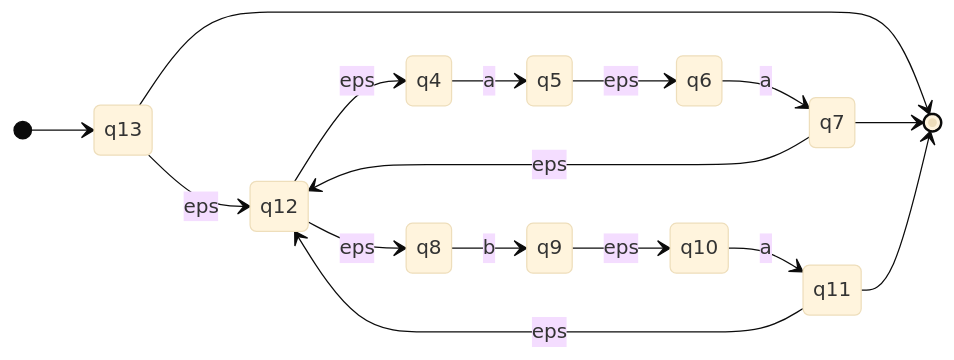
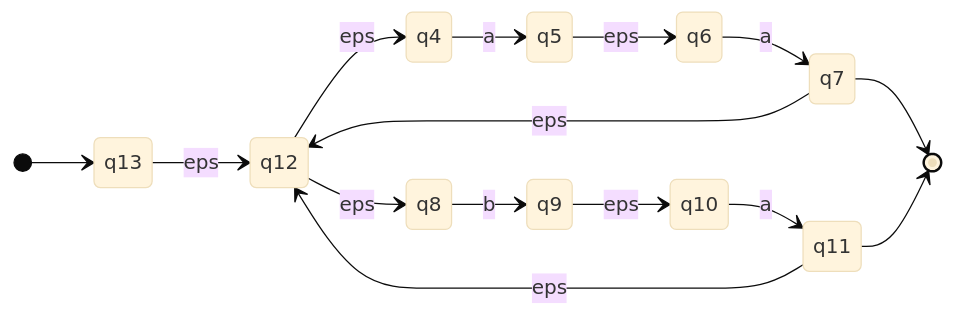
Diagram 16 of 26 in source/content/TOC/TOC_Lectures_9-14_Notes.md (vedantvakharia/Jarvis), drawn with Mermaid (base theme) before and after one commit. The commit also changed other lines of this file and 5 other files, not shown here.

````diff
--- a/source/content/TOC/TOC_Lectures_9-14_Notes.md
+++ b/source/content/TOC/TOC_Lectures_9-14_Notes.md
@@ -546,19 +546,18 @@
 ```mermaid
 stateDiagram-v2
     direction LR
     [*] --> q13
     q13 --> q12: eps
     q12 --> q4: eps
     q12 --> q8: eps
     q4 --> q5: a
     q5 --> q6: eps
     q6 --> q7: a
     q8 --> q9: b
     q9 --> q10: eps
     q10 --> q11: a
     q7 --> q12: eps
     q11 --> q12: eps
-    q13 --> [*]
     q7 --> [*]
     q11 --> [*]
 ```
````
